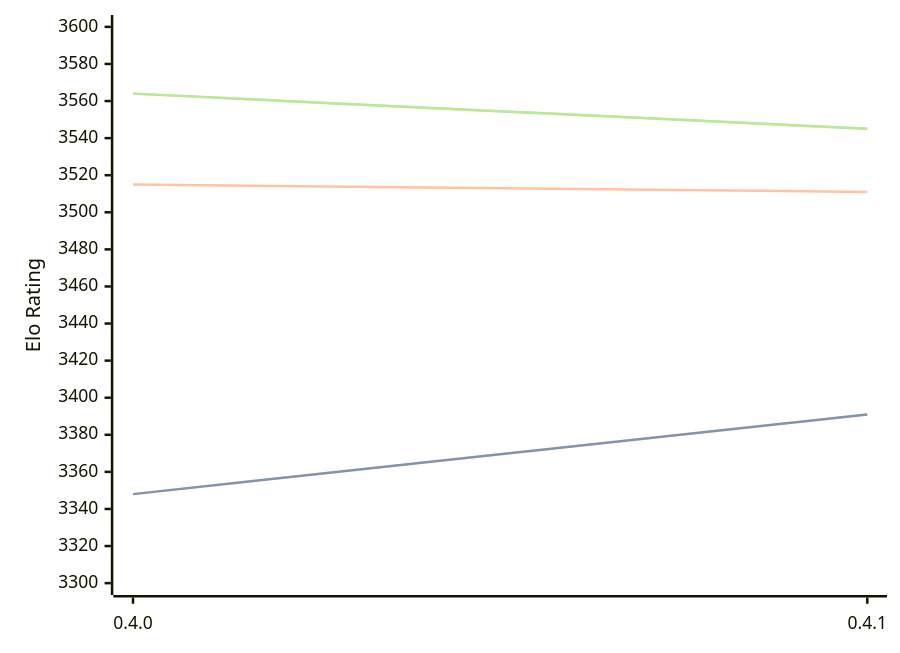
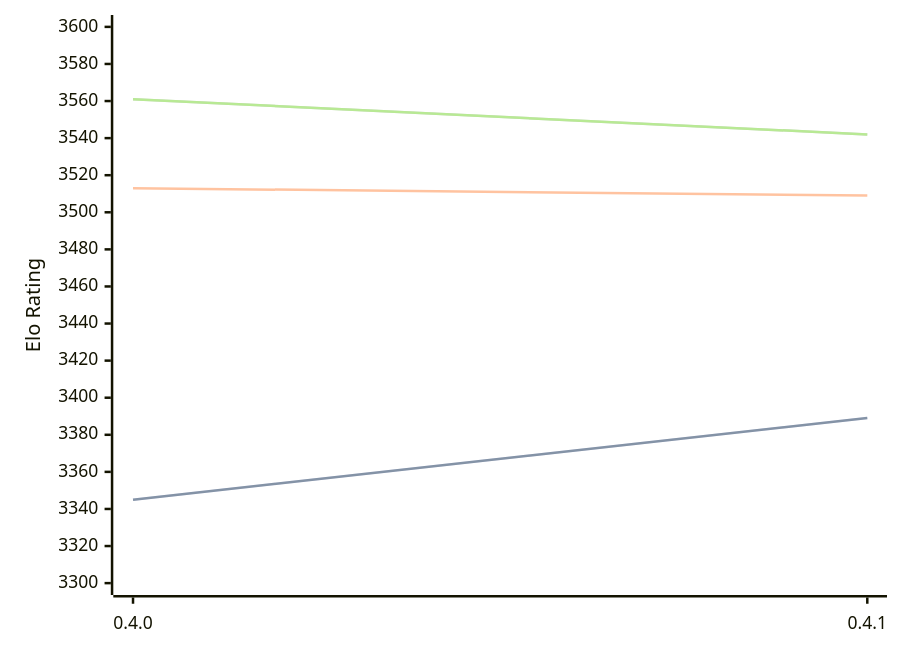
The diagram in engines/Cinder.md (computer-chess-index/cci), drawn with Mermaid before and after one commit. The commit also changed other lines of this file, not shown here.

Commit message:
Update CCI Ratings (ELO VLTC) - 2026-04-23

````diff
--- a/engines/Cinder.md
+++ b/engines/Cinder.md
@@ -40,11 +40,11 @@
 ```mermaid
 %%{init: {"theme":"base","themeVariables":{"seriesColors:['#a3a3a3','#222221','#faa371']}}}%%
 xychart-beta
   x-axis ["0.4.0", "0.4.1"]
   y-axis "Elo Rating" 3300 --> 3600
-  line "STC (8.0+0.08s)" [3348, 3391]
-  line "STC (8.0+0.08s)" [3348, 3391]
-  line "LTC (60.0+0.60s)" [3515, 3511]
-  line "VLTC (2m24s+1.12s)" [3564, 3545]
-  line "VLTC (2m24s+1.12s)" [3564, 3545]
+  line "STC (8.0+0.08s)" [3345, 3389]
+  line "STC (8.0+0.08s)" [3345, 3389]
+  line "LTC (60.0+0.60s)" [3513, 3509]
+  line "VLTC (2m24s+1.12s)" [3561, 3542]
+  line "VLTC (2m24s+1.12s)" [3561, 3542]
 ```
````
